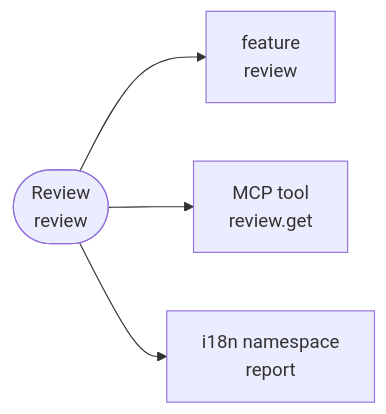
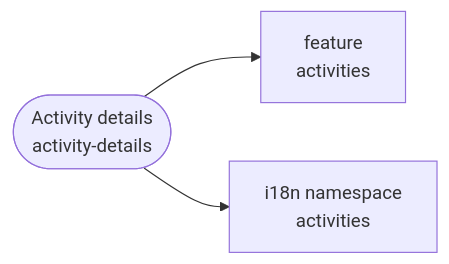
One commit to Dayopt/dayopt changed the eighth of 22 diagrams in docs/engineering/data/architecture-inventory.md. Above: the diagram before and after it, drawn with Mermaid. The commit also changed other lines of this file and 295 other files, not shown here.

````diff
--- a/docs/engineering/data/architecture-inventory.md
+++ b/docs/engineering/data/architecture-inventory.md
@@ -1287,10 +1224,8 @@
 ```mermaid
 graph LR
-  concept(["Review<br/>review"])
-  feature_review["feature<br/>review"]
-  concept --> feature_review
-  mcp_tool_review_get["MCP tool<br/>review.get"]
-  concept --> mcp_tool_review_get
-  i18n_namespace_report["i18n namespace<br/>report"]
-  concept --> i18n_namespace_report
+  concept(["Activity details<br/>activity-details"])
+  feature_activities["feature<br/>activities"]
+  concept --> feature_activities
+  i18n_namespace_activities["i18n namespace<br/>activities"]
+  concept --> i18n_namespace_activities
 ```
````
